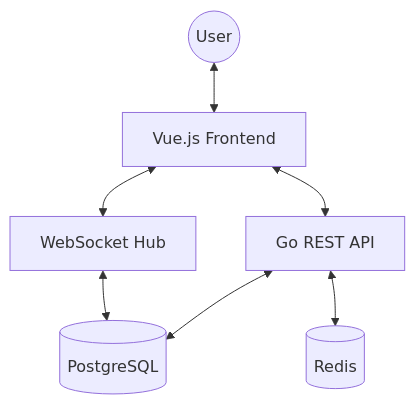
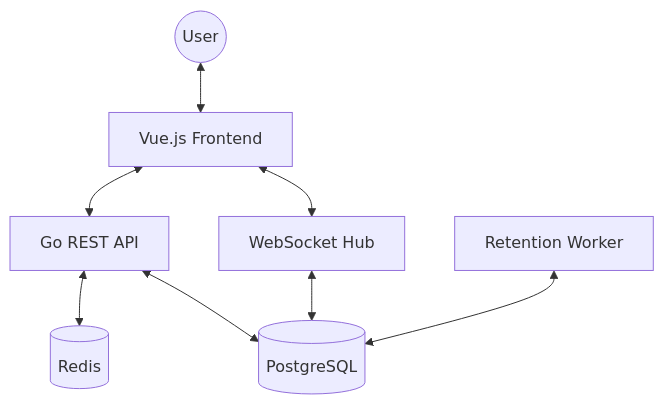
One commit to foonly/bulletin changed the diagram in docs/architecture.md. Above: the diagram before and after it, drawn with Mermaid. The commit also changed other lines of this file and 20 other files, not shown here.

````diff
--- a/docs/architecture.md
+++ b/docs/architecture.md
@@ -7,16 +7,18 @@
 ```mermaid
 graph TD
     User((User))
     Web[Vue.js Frontend]
     API[Go REST API]
     WS[WebSocket Hub]
+    Worker[Retention Worker]
     DB[(PostgreSQL)]
     Redis[(Redis)]
 
     User <--> Web
     Web <--> API
     Web <--> WS
     API <--> DB
     WS <--> DB
+    Worker <--> DB
     API <--> Redis
 ```
````
